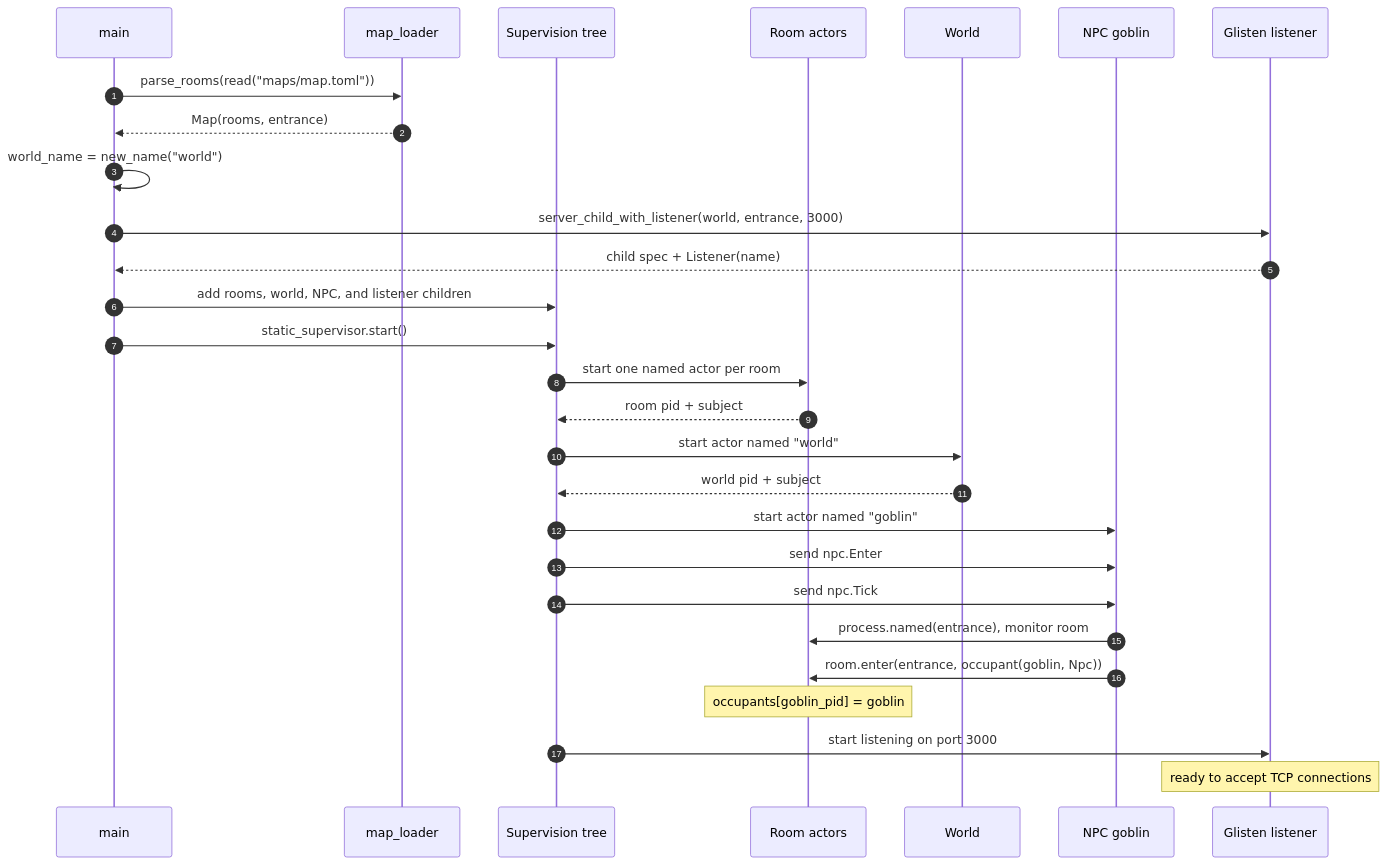
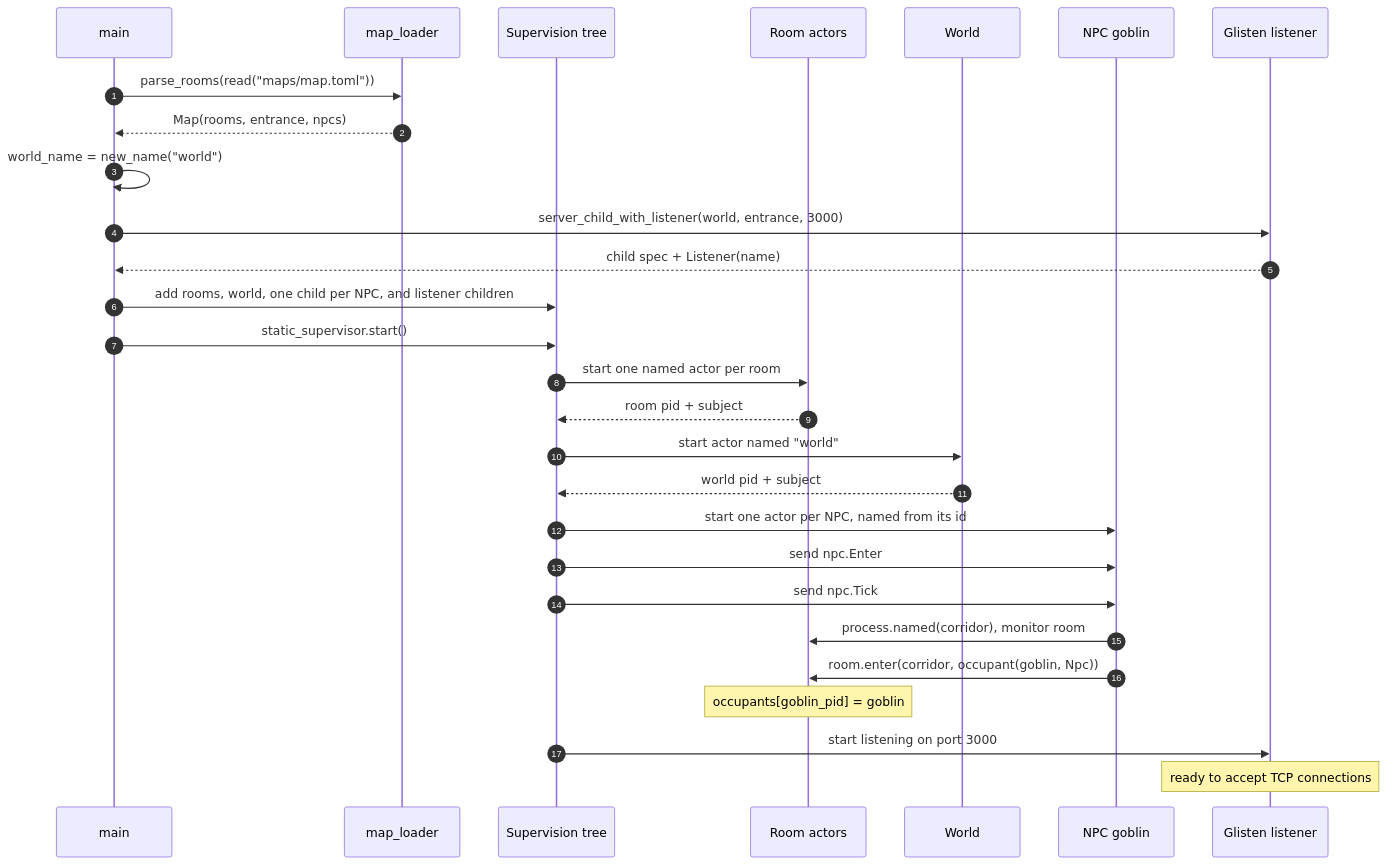
Before and after one commit to dlozeve/mud: the first of 9 diagrams in README.md, drawn with Mermaid. The commit also changed other lines of this file and 8 other files, not shown here.

Commit message:
Specify NPCs in the TOML map file

````diff
--- a/README.md
+++ b/README.md
@@ -53,31 +54,31 @@
 ```mermaid
 sequenceDiagram
   autonumber
   participant Main as main
   participant ML as map_loader
   participant Sup as Supervision tree
   participant R as Room actors
   participant W as World
   participant N as NPC goblin
   participant G as Glisten listener
 
   Main->>ML: parse_rooms(read("maps/map.toml"))
-  ML-->>Main: Map(rooms, entrance)
+  ML-->>Main: Map(rooms, entrance, npcs)
   Main->>Main: world_name = new_name("world")
   Main->>G: server_child_with_listener(world, entrance, 3000)
   G-->>Main: child spec + Listener(name)
-  Main->>Sup: add rooms, world, NPC, and listener children
+  Main->>Sup: add rooms, world, one child per NPC, and listener children
   Main->>Sup: static_supervisor.start()
   Sup->>R: start one named actor per room
   R-->>Sup: room pid + subject
   Sup->>W: start actor named "world"
   W-->>Sup: world pid + subject
-  Sup->>N: start actor named "goblin"
+  Sup->>N: start one actor per NPC, named from its id
   Sup->>N: send npc.Enter
   Sup->>N: send npc.Tick
-  N->>R: process.named(entrance), monitor room
-  N->>R: room.enter(entrance, occupant(goblin, Npc))
+  N->>R: process.named(corridor), monitor room
+  N->>R: room.enter(corridor, occupant(goblin, Npc))
   Note over R: occupants[goblin_pid] = goblin
   Sup->>G: start listening on port 3000
   Note over G: ready to accept TCP connections
 ```
````
